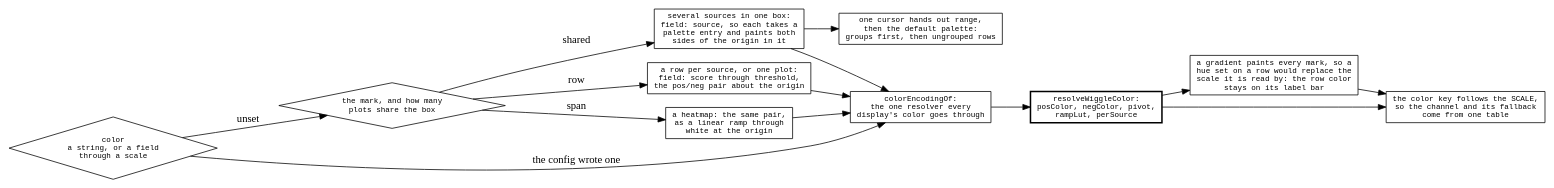
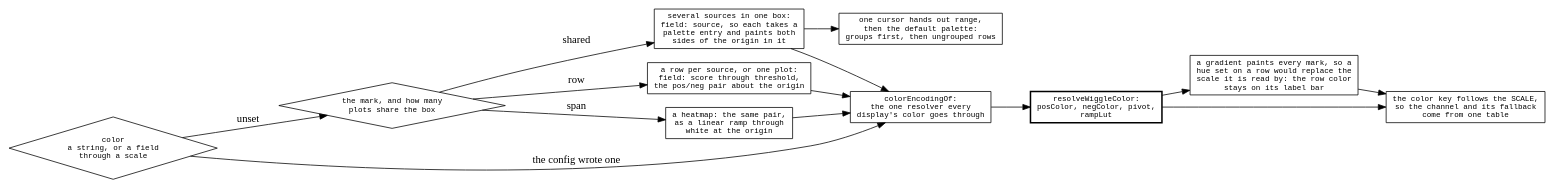
The diagram in agent-docs/reference/diagrams/wiggle-color.dot (GMOD/jbrowse-components), drawn with Graphviz before and after one commit. The commit also changed 29 other files, not shown here.

First line of the commit message:
A wiggle color over source paints each subtrack whole

```diff
--- a/agent-docs/reference/diagrams/wiggle-color.dot
+++ b/agent-docs/reference/diagrams/wiggle-color.dot
@@ -1,33 +1,33 @@
 digraph wiggle_color {
   rankdir=LR
   node [shape=box fontname=monospace fontsize=10]
   { node [shape=diamond] declared; layout }
 
   declared [label="color\na string, or a field\nthrough a scale"]
   declared -> encoding [label=" the config wrote one"]
   declared -> layout   [label=" unset"]
 
   layout [label="the mark, and how many\nplots share the box"]
   layout -> shared [label=" shared"]
   layout -> row    [label=" row"]
   layout -> heat   [label=" span"]
 
   shared [label="several sources in one box:\nfield: source, so each takes a\npalette entry and paints both\nsides of the origin in it"]
   row    [label="a row per source, or one plot:\nfield: score through threshold,\nthe pos/neg pair about the origin"]
   heat   [label="a heatmap: the same pair,\nas a linear ramp through\nwhite at the origin"]
 
   encoding [label="colorEncodingOf:\nthe one resolver every\ndisplay's color goes through"]
   shared -> encoding  row -> encoding  heat -> encoding
 
-  resolved [label="resolveWiggleColor:\nposColor, negColor, pivot,\nrampLut, perSource", style=bold]
+  resolved [label="resolveWiggleColor:\nposColor, negColor, pivot,\nrampLut", style=bold]
   encoding -> resolved
 
   density [label="a gradient paints every mark, so a\nhue set on a row would replace the\nscale it is read by: the row color\nstays on its label bar"]
   resolved -> density
 
   legend [label="the color key follows the SCALE,\nso the channel and its fallback\ncome from one table"]
   resolved -> legend  density -> legend
 
   palette [label="one cursor hands out range,\nthen the default palette:\ngroups first, then ungrouped rows"]
   shared -> palette
 }
```
